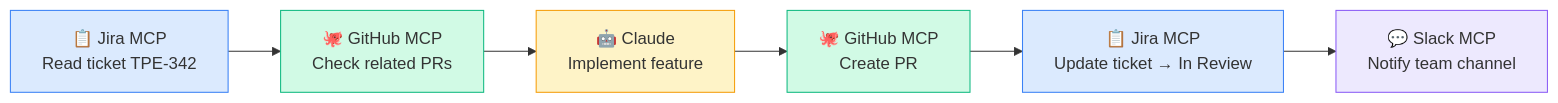
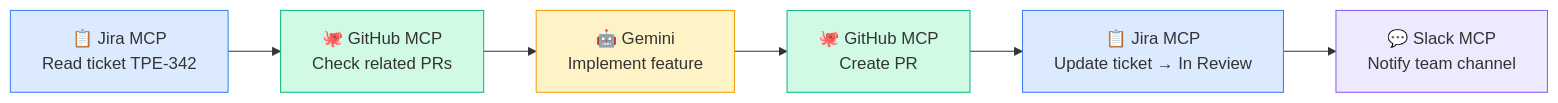
One commit to mariusjcb/gh-agentic-code-guides changed the second of 3 diagrams in Part 3 — Agentic Patterns/10-mcp-servers.md. Above: the diagram before and after it, drawn with Mermaid. The commit also changed other lines of this file and 1 other file, not shown here.

First line of the commit message:
Adapt MCP server guides for Gemini CLI

````diff
--- a/Part 3 — Agentic Patterns/10-mcp-servers.md
+++ b/Part 3 — Agentic Patterns/10-mcp-servers.md
@@ -166,15 +182,15 @@
 ```mermaid
 flowchart LR
     A["📋 Jira MCP\nRead ticket TPE-342"] --> B["🐙 GitHub MCP\nCheck related PRs"]
-    B --> C["🤖 Claude\nImplement feature"]
+    B --> C["🤖 Gemini\nImplement feature"]
     C --> D["🐙 GitHub MCP\nCreate PR"]
     D --> E["📋 Jira MCP\nUpdate ticket → In Review"]
     E --> F["💬 Slack MCP\nNotify team channel"]
 
     style A fill:#dbeafe,stroke:#3b82f6
     style B fill:#d1fae5,stroke:#10b981
     style C fill:#fef3c7,stroke:#f59e0b
     style D fill:#d1fae5,stroke:#10b981
     style E fill:#dbeafe,stroke:#3b82f6
     style F fill:#ede9fe,stroke:#8b5cf6
 ```
````
